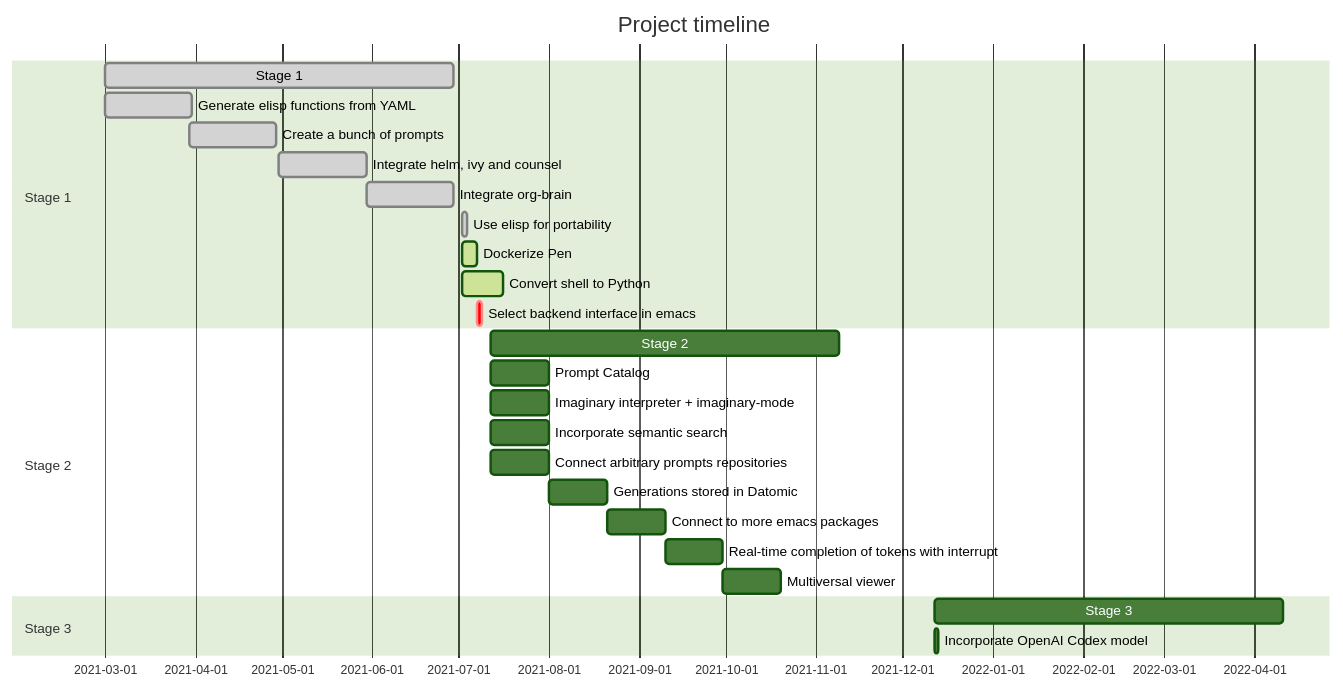
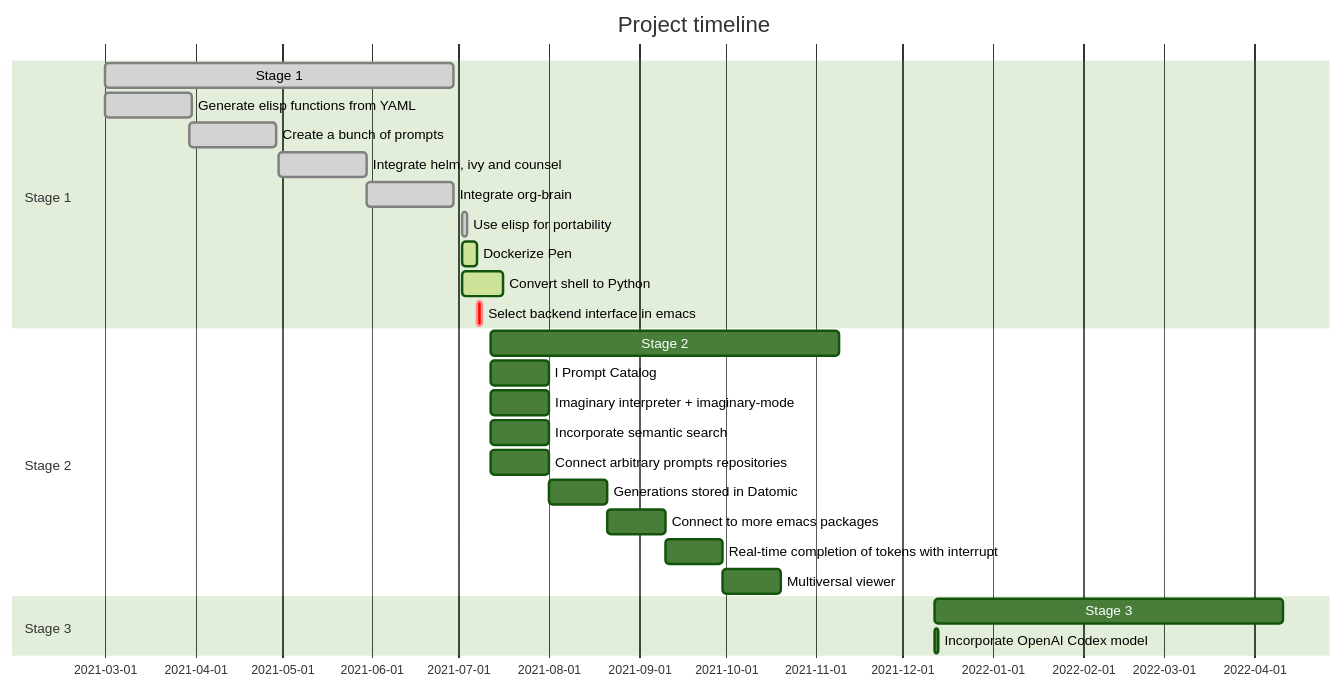
One commit to semiosis/pen.el changed the diagram in docs/README.org. Above: the diagram before and after it, drawn with Mermaid (forest theme).

Commit message:
Fri 02 Jul 2021 19:34:07

```diff
--- a/docs/README.org
+++ b/docs/README.org
@@ -31,28 +31,28 @@
 #+BEGIN_SRC mermaid :results raw :file project-timeline.png
   gantt
           title Project timeline
           dateFormat  YYYY-MM-DD
           section Stage 1
           Stage 1  :done, :s1, 2021-03-01, 120d
           Generate elisp functions from YAML  :done,  :a1, 2021-03-01, 30d
           Create a bunch of prompts  :done,   :a3, 2021-03-30, 30d
           Integrate helm, ivy and counsel  :done,   :a4, 2021-04-30, 30d
           Integrate org-brain  :done,   :a5, 2021-05-30, 30d
           Use elisp for portability :done,  :b2, 2021-07-02, 2d
           Dockerize Pen : active, b3, after b2 , 5d
           Convert shell to Python : active, b4, after b2 , 14d
           Select backend interface in emacs :crit, after b3, 2d
           section Stage 2
           Stage 2  :s2, 2021-07-12, 120d
-          Prompt Catalog : b6a, 2021-07-12, 20d
+l          Prompt Catalog : b6a, 2021-07-12, 20d
           Imaginary interpreter + imaginary-mode : b11, 2021-07-12, 20d
           Incorporate semantic search : b12, 2021-07-12, 20d
           Connect arbitrary prompts repositories : b6, 2021-07-12, 20d
           Generations stored in Datomic : b7, after b6, 20d
           Connect to more emacs packages : b8, after b7 , 20d
           Real-time completion of tokens with interrupt : b9, after b8, 20d
           Multiversal viewer : b10, after b9, 20d
           section Stage 3
           Stage 3  :s3, 2021-12-12, 120d
           Incorporate OpenAI Codex model : c1, 2021-12-12, 1d
 #+END_SRC
```
